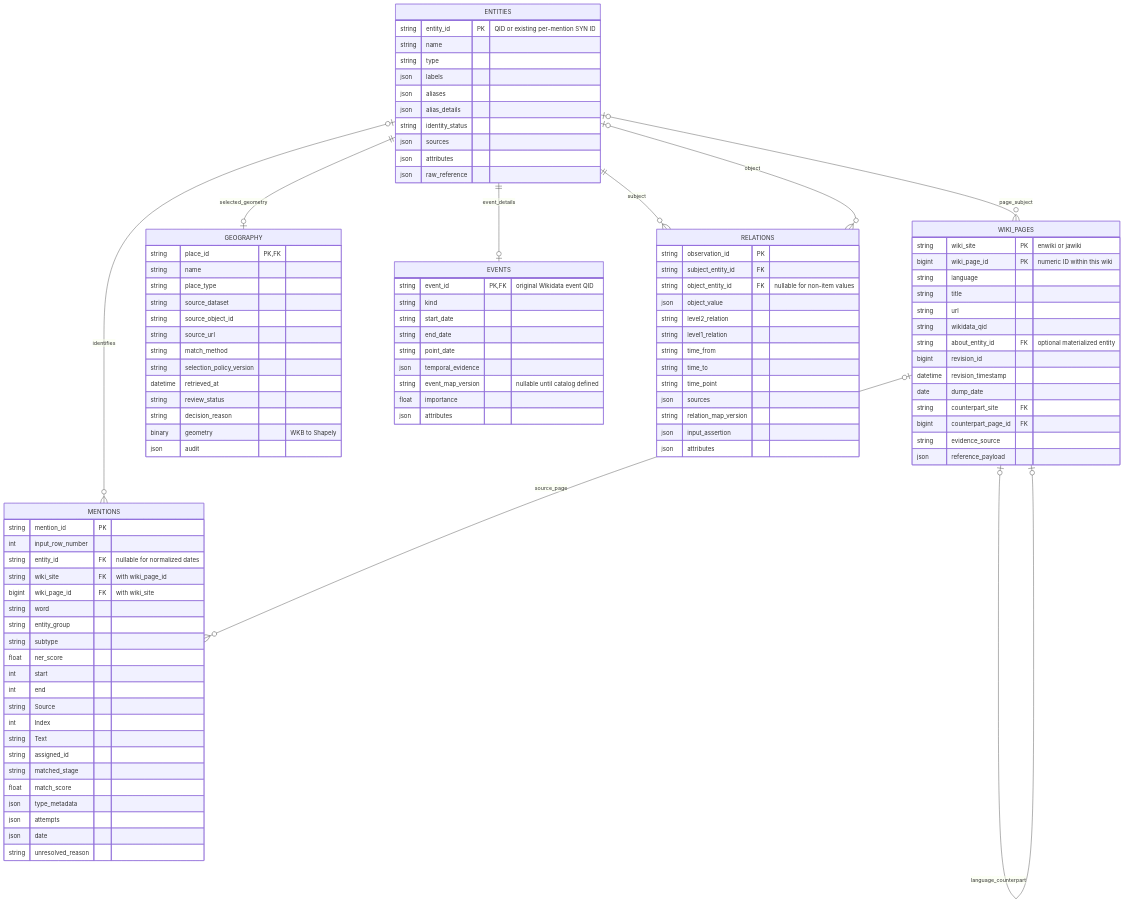
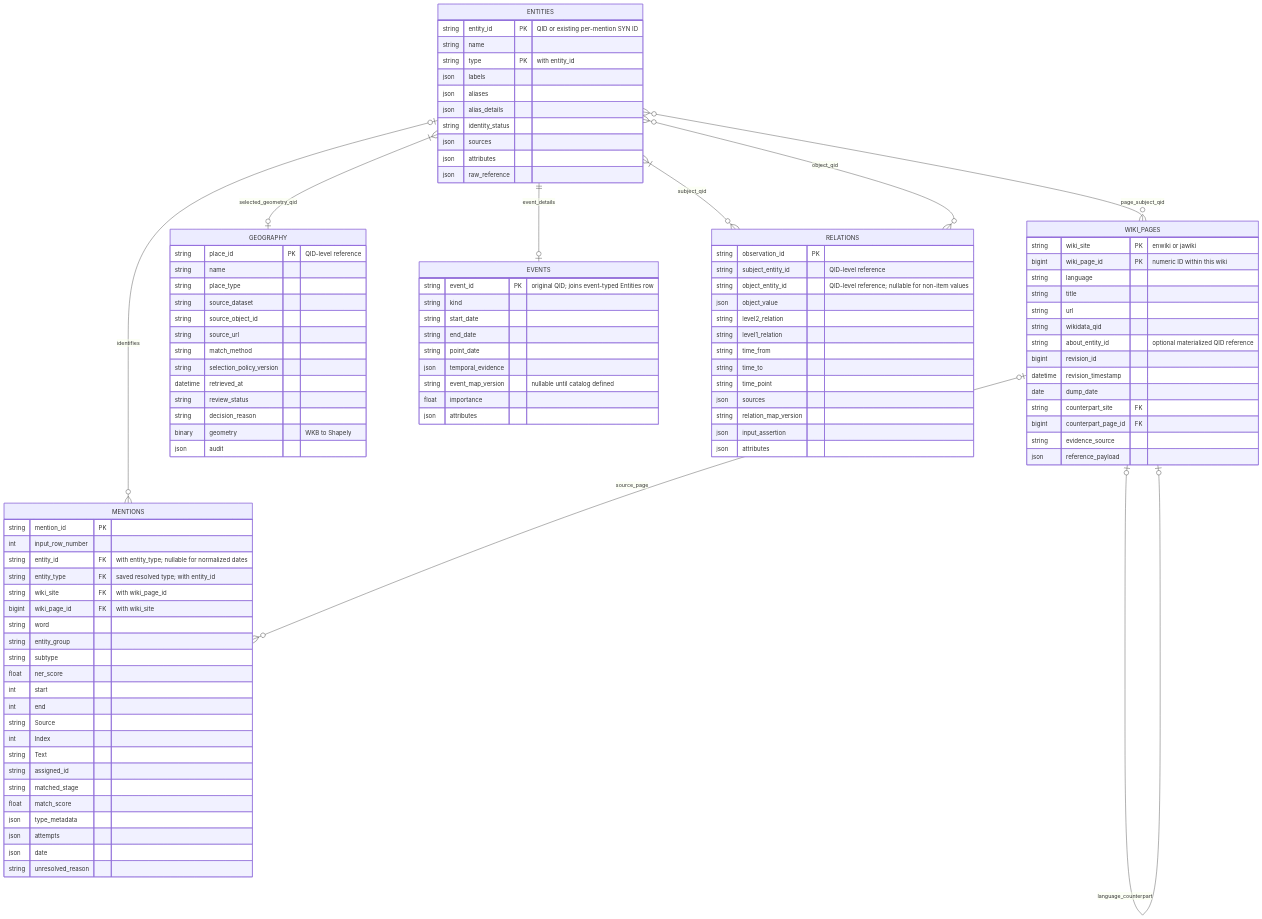
One commit to YehudRaanan/Corpus2GeoRAG_Pacific changed the diagram in docs/ENTITY_DATA_MODEL_ERD.md. Above: the diagram before and after it, drawn with Mermaid. The commit also changed other lines of this file and 3 other files, not shown here.

Commit message:
Document coexisting QID types and QID-level relations

```diff
--- a/docs/ENTITY_DATA_MODEL_ERD.md
+++ b/docs/ENTITY_DATA_MODEL_ERD.md
@@ -14,17 +16,17 @@
 erDiagram
     ENTITIES o|--o{ MENTIONS : identifies
     WIKI_PAGES o|--o{ MENTIONS : source_page
-    ENTITIES o|--o{ WIKI_PAGES : page_subject
+    ENTITIES o{--o{ WIKI_PAGES : page_subject_qid
     WIKI_PAGES o|--o| WIKI_PAGES : language_counterpart
-    ENTITIES ||--o| GEOGRAPHY : selected_geometry
+    ENTITIES }|--o| GEOGRAPHY : selected_geometry_qid
     ENTITIES ||--o| EVENTS : event_details
-    ENTITIES ||--o{ RELATIONS : subject
-    ENTITIES o|--o{ RELATIONS : object
+    ENTITIES }|--o{ RELATIONS : subject_qid
+    ENTITIES }o--o{ RELATIONS : object_qid
 
     ENTITIES {
         string entity_id PK "QID or existing per-mention SYN ID"
         string name
-        string type
+        string type PK "with entity_id"
         json labels
         json aliases
         json alias_details
@@ -36,7 +38,8 @@
     MENTIONS {
         string mention_id PK
         int input_row_number
-        string entity_id FK "nullable for normalized dates"
+        string entity_id FK "with entity_type; nullable for normalized dates"
+        string entity_type FK "saved resolved type; with entity_id"
         string wiki_site FK "with wiki_page_id"
         bigint wiki_page_id FK "with wiki_site"
         string word
@@ -63,7 +66,7 @@
         string title
         string url
         string wikidata_qid
-        string about_entity_id FK "optional materialized entity"
+        string about_entity_id "optional materialized QID reference"
         bigint revision_id
         datetime revision_timestamp
         date dump_date
@@ -73,7 +76,7 @@
         json reference_payload
     }
     GEOGRAPHY {
-        string place_id PK,FK
+        string place_id PK "QID-level reference"
         string name
         string place_type
         string source_dataset
@@ -88,7 +91,7 @@
         json audit
     }
     EVENTS {
-        string event_id PK,FK "original Wikidata event QID"
+        string event_id PK "original QID; joins event-typed Entities row"
         string kind
         string start_date
         string end_date
@@ -100,8 +103,8 @@
     }
     RELATIONS {
         string observation_id PK
-        string subject_entity_id FK
-        string object_entity_id FK "nullable for non-item values"
+        string subject_entity_id "QID-level reference"
+        string object_entity_id "QID-level reference; nullable for non-item values"
         json object_value
         string level2_relation
         string level1_relation
```
